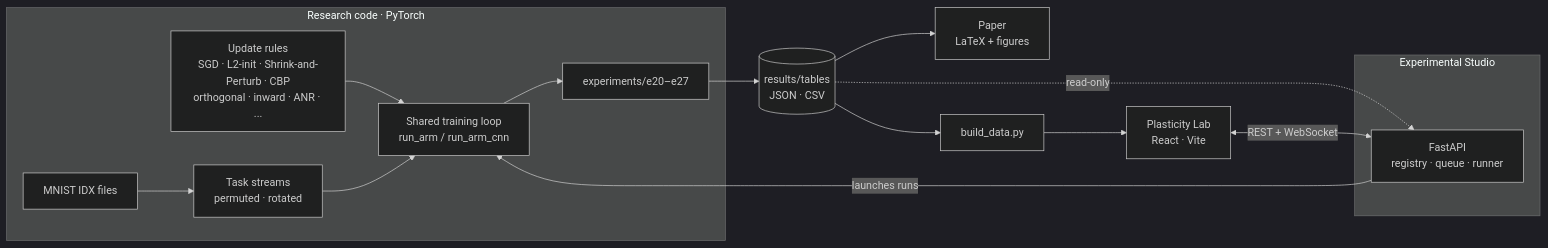
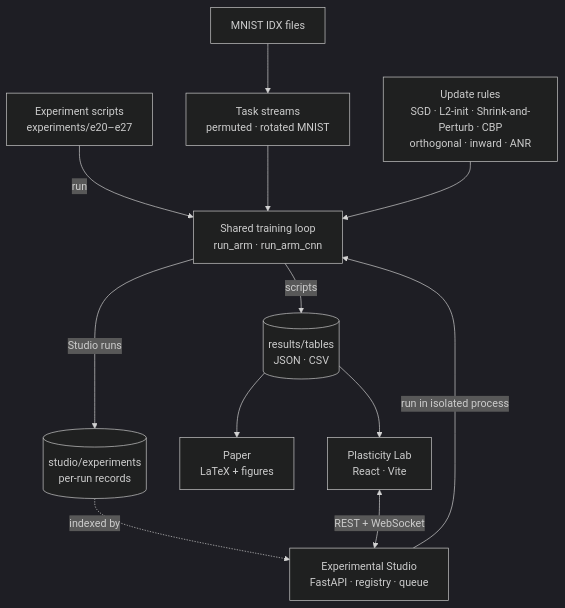
One commit to lalith557/Directional-plasticity changed the diagram in README.md. Above: the diagram before and after it, drawn with Mermaid (dark theme). The commit also changed other lines of this file, not shown here.

Commit message:
README: clearer top-down architecture diagram

````diff
--- a/README.md
+++ b/README.md
@@ -130,18 +130,17 @@
 ```mermaid
-flowchart LR
-    subgraph research["Research code · PyTorch"]
-        data["MNIST IDX files"] --> streams["Task streams<br/>permuted · rotated"]
-        rules["Update rules<br/>SGD · L2-init · Shrink-and-Perturb · CBP<br/>orthogonal · inward · ANR · ..."] --> loop
-        streams --> loop["Shared training loop<br/>run_arm / run_arm_cnn"]
-        loop --> exps["experiments/e20–e27"]
-    end
-    exps --> tables[("results/tables<br/>JSON · CSV")]
+flowchart TB
+    exps["Experiment scripts<br/>experiments/e20–e27"]
+    studio["Experimental Studio<br/>FastAPI · registry · queue"]
+    data["MNIST IDX files"] --> streams["Task streams<br/>permuted · rotated MNIST"]
+    rules["Update rules<br/>SGD · L2-init · Shrink-and-Perturb · CBP<br/>orthogonal · inward · ANR"]
+    exps -->|"run"| loop
+    studio -->|"run in isolated process"| loop
+    streams --> loop["Shared training loop<br/>run_arm · run_arm_cnn"]
+    rules --> loop
+    loop -->|"scripts"| tables[("results/tables<br/>JSON · CSV")]
+    loop -->|"Studio runs"| runs[("studio/experiments<br/>per-run records")]
     tables --> paper["Paper<br/>LaTeX + figures"]
-    tables --> build["build_data.py"] --> lab["Plasticity Lab<br/>React · Vite"]
-    subgraph studio["Experimental Studio"]
-        api["FastAPI<br/>registry · queue · runner"]
-    end
-    api -->|"launches runs"| loop
-    tables -.->|"read-only"| api
-    lab <-->|"REST + WebSocket"| api
+    tables --> lab["Plasticity Lab<br/>React · Vite"]
+    runs -.->|"indexed by"| studio
+    lab <-->|"REST + WebSocket"| studio
 ```
````
